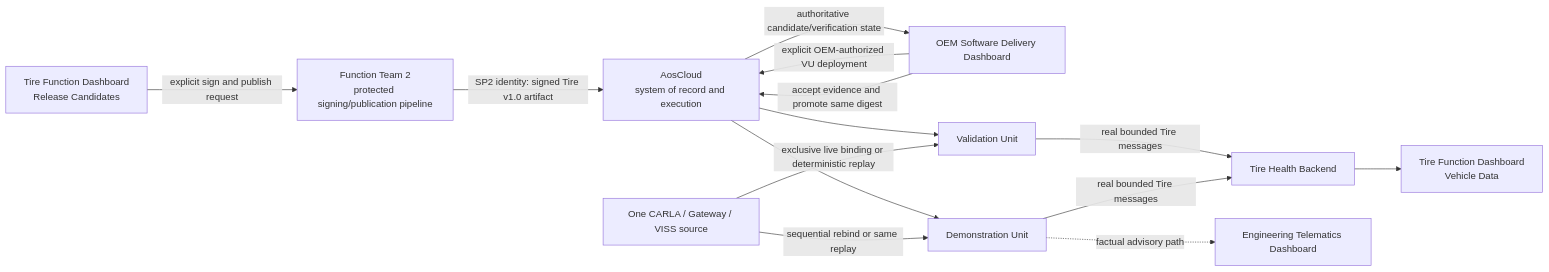
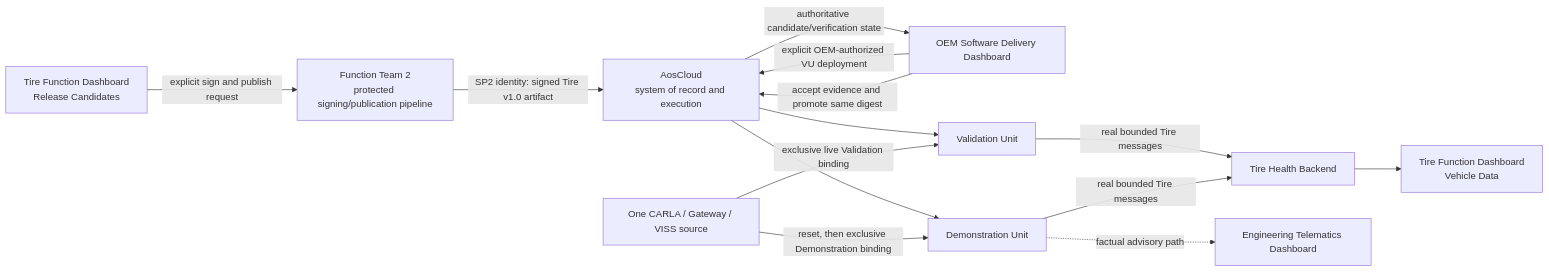
Before and after one commit to alexmaninblack/aosedge-sdv-demo: the second of 2 diagrams in docs/requirements/components/tire-health-cloud.md, drawn with Mermaid. The commit also changed other lines of this file and 72 other files, not shown here.

Commit message:
docs: checkpoint demo architecture and requirements baseline

````diff
--- a/docs/requirements/components/tire-health-cloud.md
+++ b/docs/requirements/components/tire-health-cloud.md
@@ -140,27 +143,27 @@
 ```mermaid
 flowchart LR
     RC["Tire Function Dashboard<br/>Release Candidates"]
     PIPE["Function Team 2<br/>protected signing/publication pipeline"]
     CLOUD["AosCloud<br/>system of record and execution"]
     OEM["OEM Software Delivery Dashboard"]
     VU["Validation Unit"]
     DU["Demonstration Unit"]
     CARLA["One CARLA / Gateway / VISS source"]
     BE["Tire Health Backend"]
     VD["Tire Function Dashboard<br/>Vehicle Data"]
     ENG["Engineering Telematics Dashboard"]
 
     RC -->|"explicit sign and publish request"| PIPE
     PIPE -->|"SP2 identity: signed Tire v1.0 artifact"| CLOUD
     CLOUD -->|"authoritative candidate/verification state"| OEM
     OEM -->|"explicit OEM-authorized VU deployment"| CLOUD
     CLOUD --> VU
-    CARLA -->|"exclusive live binding or deterministic replay"| VU
+    CARLA -->|"exclusive live Validation binding"| VU
     VU -->|"real bounded Tire messages"| BE
     BE --> VD
     OEM -->|"accept evidence and promote same digest"| CLOUD
     CLOUD --> DU
-    CARLA -->|"sequential rebind or same replay"| DU
+    CARLA -->|"reset, then exclusive Demonstration binding"| DU
     DU -->|"real bounded Tire messages"| BE
     DU -. "factual advisory path" .-> ENG
 ```
````
